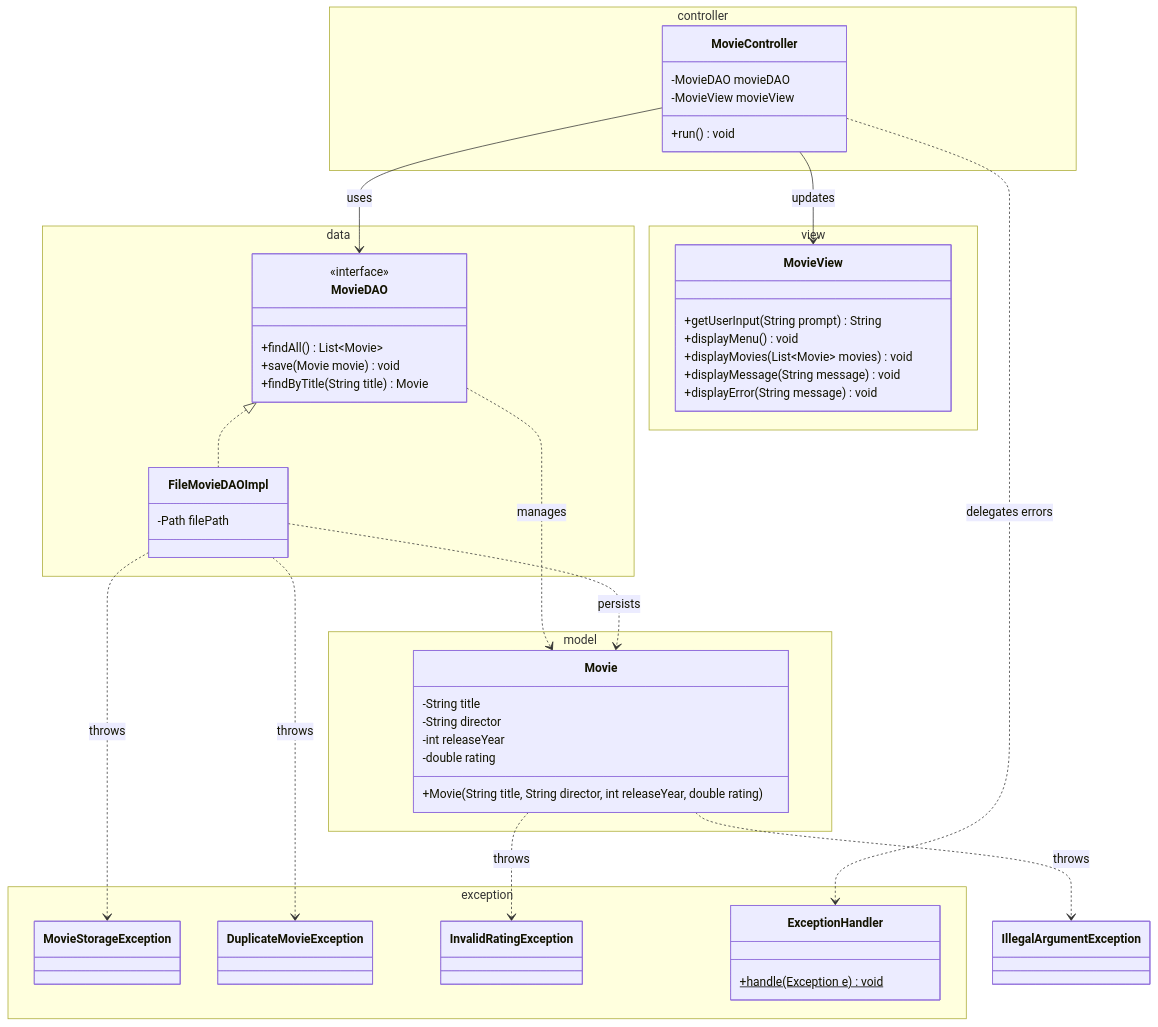
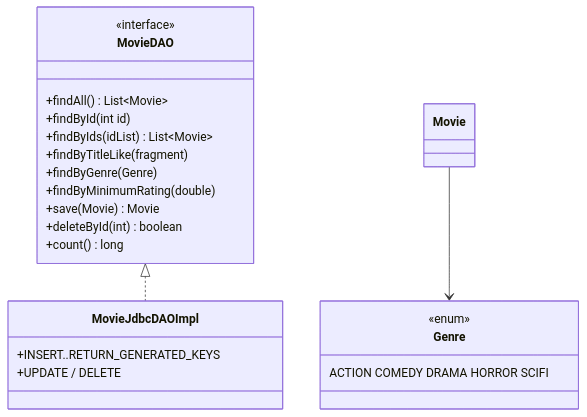
One commit to ihabau/Lexicon_WS_Exception changed the diagram in README.md. Above: the diagram before and after it, drawn with Mermaid. The commit also changed other lines of this file and 1 other file, not shown here.

Commit message:
Docs: step 8 worksheet (Movie Collection) - full JDBC CRUD, generated keys, flowcharts, 5 hints

````diff
--- a/README.md
+++ b/README.md
@@ -7,64 +27,25 @@
 ```mermaid
 classDiagram
-    namespace model {
-        class Movie {
-            -String title
-            -String director
-            -int releaseYear
-            -double rating
-            +Movie(String title, String director, int releaseYear, double rating)
-        }
+    class MovieDAO {
+        <<interface>>
+        +findAll() List~Movie~
+        +findById(int id)
+        +findByIds(idList) List~Movie~
+        +findByTitleLike(fragment)
+        +findByGenre(Genre)
+        +findByMinimumRating(double)
+        +save(Movie) Movie
+        +deleteById(int) boolean
+        +count() long
     }
-
-    namespace data {
-        class MovieDAO {
-            <<interface>>
-            +findAll() List~Movie~
-            +save(Movie movie) void
-            +findByTitle(String title) Movie
-        }
-        class FileMovieDAOImpl {
-            -Path filePath
-        }
+    class MovieJdbcDAOImpl {
+        +INSERT..RETURN_GENERATED_KEYS
+        +UPDATE / DELETE
     }
-
-    namespace view {
-        class MovieView {
-            +getUserInput(String prompt) String
-            +displayMenu() void
-            +displayMovies(List~Movie~ movies) void
-            +displayMessage(String message) void
-            +displayError(String message) void
-        }
+    class Genre {
+        <<enum>>
+        ACTION COMEDY DRAMA HORROR SCIFI
     }
-
-    namespace controller {
-        class MovieController {
-            -MovieDAO movieDAO
-            -MovieView movieView
-            +run() void
-        }
-    }
-
-    namespace exception {
-        class MovieStorageException { }
-        class DuplicateMovieException { }
-        class InvalidRatingException { }
-        class ExceptionHandler {
-            +handle(Exception e)$ void
-        }
-    }
-
-    MovieDAO <|.. FileMovieDAOImpl
-    MovieController --> MovieDAO : uses
-    MovieController --> MovieView : updates
-    MovieController ..> ExceptionHandler : delegates errors
-
-    MovieDAO ..> Movie : manages
-    FileMovieDAOImpl ..> Movie : persists
-
-    Movie ..> IllegalArgumentException : throws
-    Movie ..> InvalidRatingException : throws
-    FileMovieDAOImpl ..> MovieStorageException : throws
-    FileMovieDAOImpl ..> DuplicateMovieException : throws
+    MovieDAO <|.. MovieJdbcDAOImpl
+    Movie --> Genre
 ```
````
